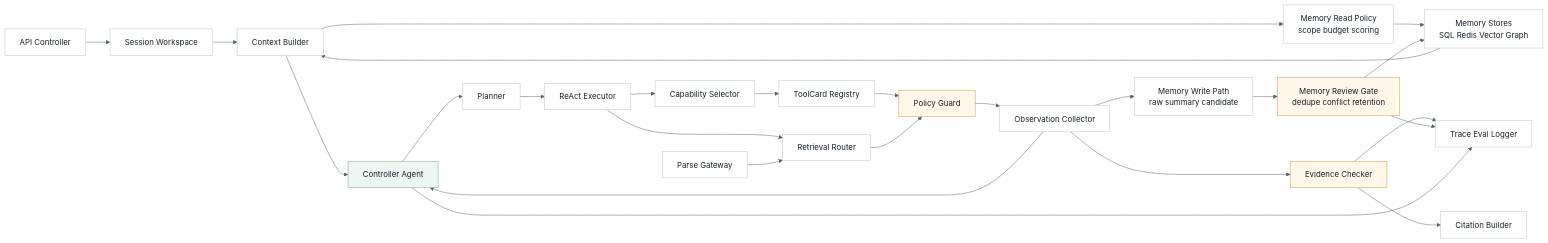
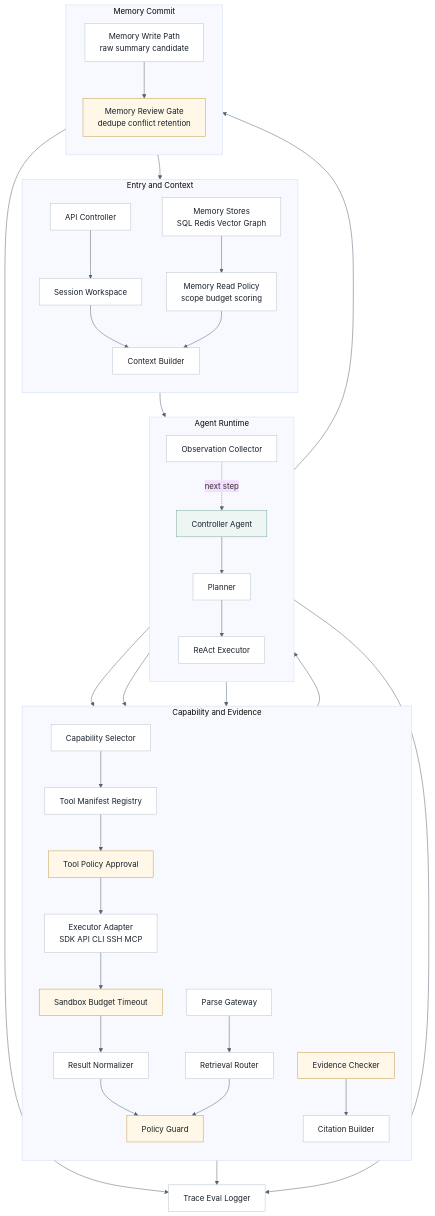
The seventh of 10 diagrams in docs/architecture.md (ProfessorZhi/Zuno), drawn with Mermaid before and after one commit. The commit also changed other lines of this file and 12 other files, not shown here.

Commit message:
docs: improve architecture diagram viewing

````diff
--- a/docs/architecture.md
+++ b/docs/architecture.md
@@ -347,43 +382,62 @@
 ```mermaid
 %%{init: {"theme": "base", "themeVariables": {"background": "#f7f8fb", "lineColor": "#52616f"}}}%%
-flowchart LR
+flowchart TB
   classDef node fill:#ffffff,stroke:#b8c2cc,stroke-width:1px,color:#16202a;
   classDef accent fill:#eef6f3,stroke:#7aa59a,stroke-width:1px,color:#16202a;
   classDef warn fill:#fff8e8,stroke:#c59b43,stroke-width:1px,color:#16202a;
 
   API["API Controller"]
   SESSION["Session Workspace"]
   CONTEXT["Context Builder"]
   MEMREAD["Memory Read Policy<br/>scope budget scoring"]
   MEMSTORE["Memory Stores<br/>SQL Redis Vector Graph"]
   MEMWRITE["Memory Write Path<br/>raw summary candidate"]
   MEMREVIEW["Memory Review Gate<br/>dedupe conflict retention"]:::warn
   AGENT["Controller Agent"]:::accent
   PLANNER["Planner"]
   REACT["ReAct Executor"]
   TOOLSEL["Capability Selector"]
-  TOOLREG["ToolCard Registry"]
+  TOOLREG["Tool Manifest Registry"]
+  TOOLPOL["Tool Policy Approval"]:::warn
+  EXECAD["Executor Adapter<br/>SDK API CLI SSH MCP"]
+  SANDBOX["Sandbox Budget Timeout"]:::warn
+  NORMAL["Result Normalizer"]
   RETROUTER["Retrieval Router"]
   INGEST["Parse Gateway"]
   POLICY["Policy Guard"]:::warn
   OBS["Observation Collector"]
   EVID["Evidence Checker"]:::warn
   CIT["Citation Builder"]
   TRACE["Trace Eval Logger"]
-  API --> SESSION --> CONTEXT
-  CONTEXT --> MEMREAD --> MEMSTORE --> CONTEXT
+
+  subgraph ENTRY["Entry and Context"]
+    direction TB
+    API --> SESSION --> CONTEXT
+    MEMSTORE --> MEMREAD --> CONTEXT
+  end
+
+  subgraph RUNTIME["Agent Runtime"]
+    direction TB
+    AGENT --> PLANNER --> REACT
+    OBS -. next step .-> AGENT
+  end
+
+  subgraph CAP["Capability and Evidence"]
+    direction TB
+    REACT --> TOOLSEL --> TOOLREG --> TOOLPOL --> EXECAD --> SANDBOX --> NORMAL --> POLICY
+    REACT --> RETROUTER --> POLICY
+    INGEST --> RETROUTER
+    POLICY --> OBS --> EVID --> CIT
+  end
+
+  subgraph MEMORYC["Memory Commit"]
+    direction TB
+    OBS --> MEMWRITE --> MEMREVIEW --> MEMSTORE
+  end
+
   CONTEXT --> AGENT
-  AGENT --> PLANNER --> REACT
-  REACT --> TOOLSEL --> TOOLREG
-  REACT --> RETROUTER
-  INGEST --> RETROUTER
-  TOOLREG --> POLICY
-  RETROUTER --> POLICY
-  POLICY --> OBS --> AGENT
-  OBS --> MEMWRITE --> MEMREVIEW --> MEMSTORE
-  OBS --> EVID --> CIT
-  EVID --> TRACE
+  CIT --> TRACE
   MEMREVIEW --> TRACE
   AGENT --> TRACE
-  class API,SESSION,CONTEXT,MEMREAD,MEMSTORE,MEMWRITE,PLANNER,REACT,TOOLSEL,TOOLREG,RETROUTER,INGEST,OBS,CIT,TRACE node;
+  class API,SESSION,CONTEXT,MEMREAD,MEMSTORE,MEMWRITE,PLANNER,REACT,TOOLSEL,TOOLREG,EXECAD,NORMAL,RETROUTER,INGEST,OBS,CIT,TRACE node;
 ```
````
